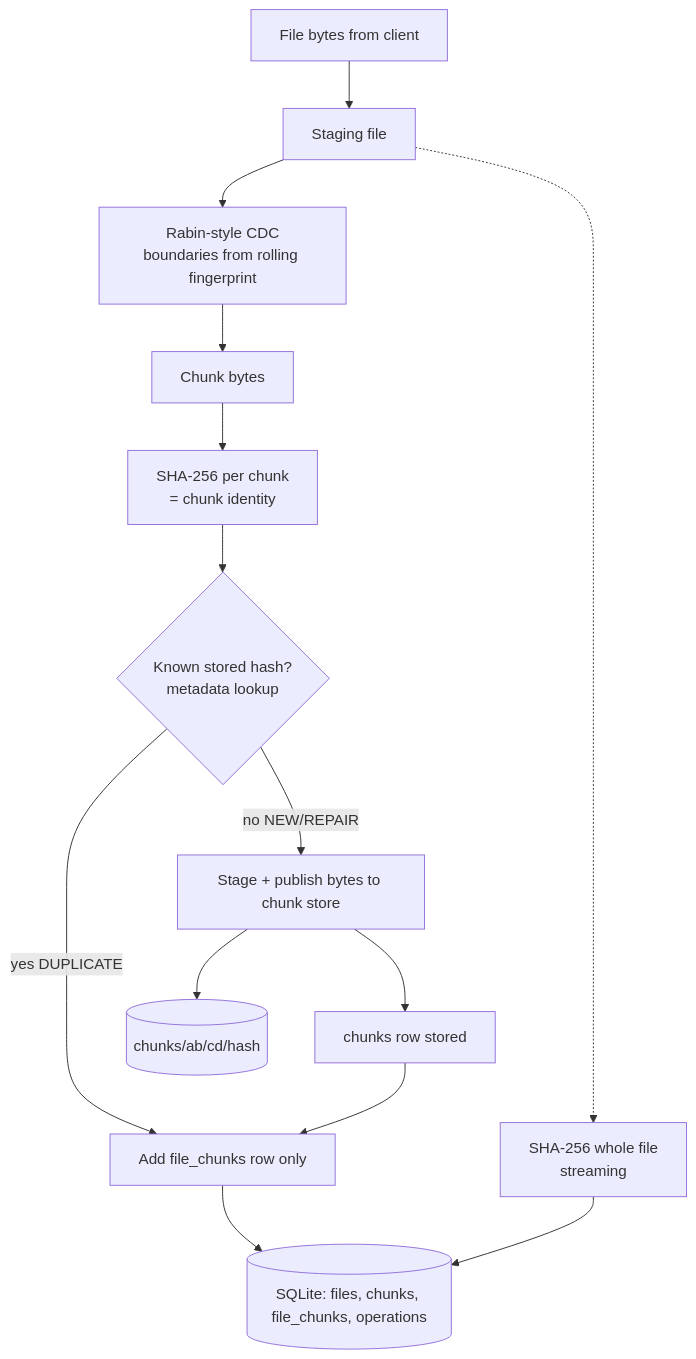
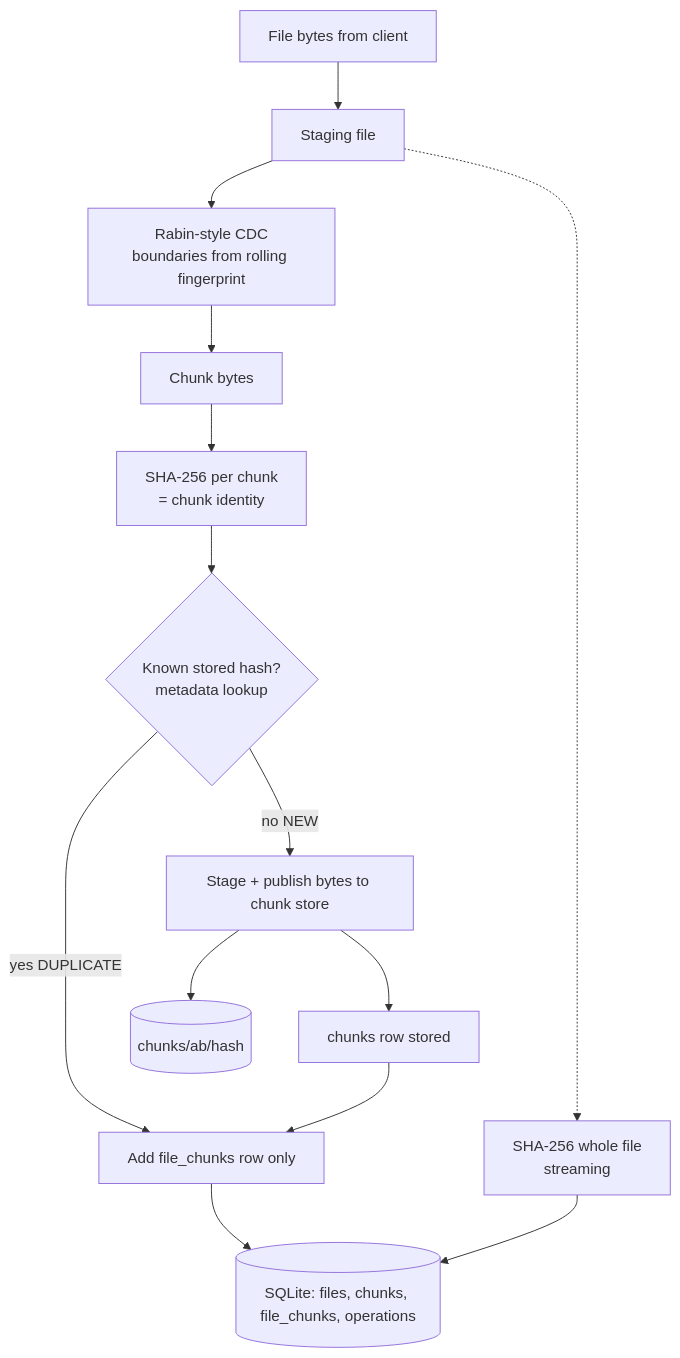
Before and after one commit to neilsenvaz10/ChunkVault---Chunk-Level-Storage-Deduplication-Engine: the first of 2 diagrams in docs/architecture/data-flow.md, drawn with Mermaid. The commit also changed other lines of this file and 51 other files, not shown here.

````diff
--- a/docs/architecture/data-flow.md
+++ b/docs/architecture/data-flow.md
@@ -5,16 +5,16 @@
 ```mermaid
 flowchart TD
     A[File bytes from client] --> B[Staging file]
     B --> C[Rabin-style CDC<br/>boundaries from rolling fingerprint]
     C --> D[Chunk bytes]
     D --> E[SHA-256 per chunk<br/>= chunk identity]
     B -.-> F[SHA-256 whole file<br/>streaming]
     E --> G{Known stored hash?<br/>metadata lookup}
     G -- yes DUPLICATE --> H[Add file_chunks row only]
-    G -- no NEW/REPAIR --> I[Stage + publish bytes to chunk store]
+    G -- no NEW --> I[Stage + publish bytes to chunk store]
     I --> J[chunks row stored]
     J --> H
     H --> K[(SQLite: files, chunks, file_chunks, operations)]
-    I --> L[(chunks/ab/cd/hash)]
+    I --> L[(chunks/ab/hash)]
     F --> K
 ```
````
